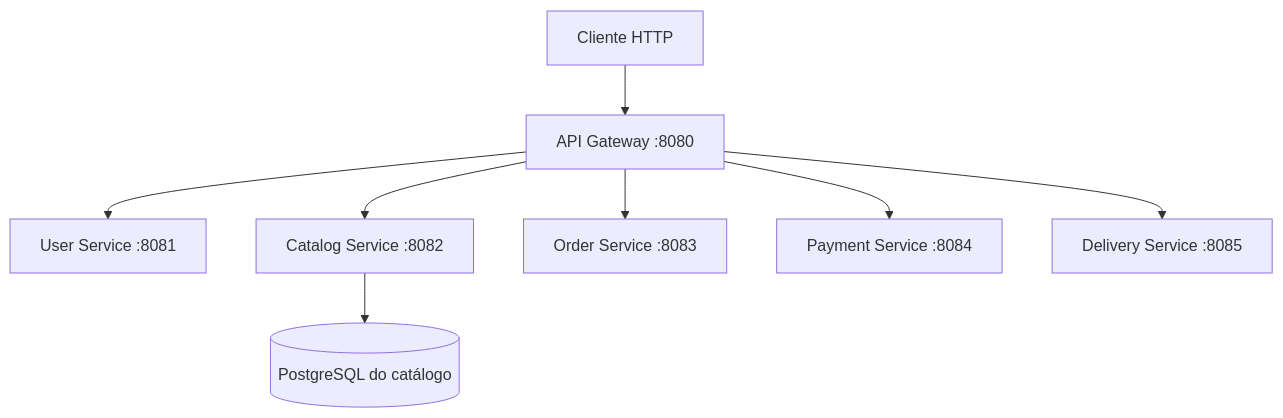
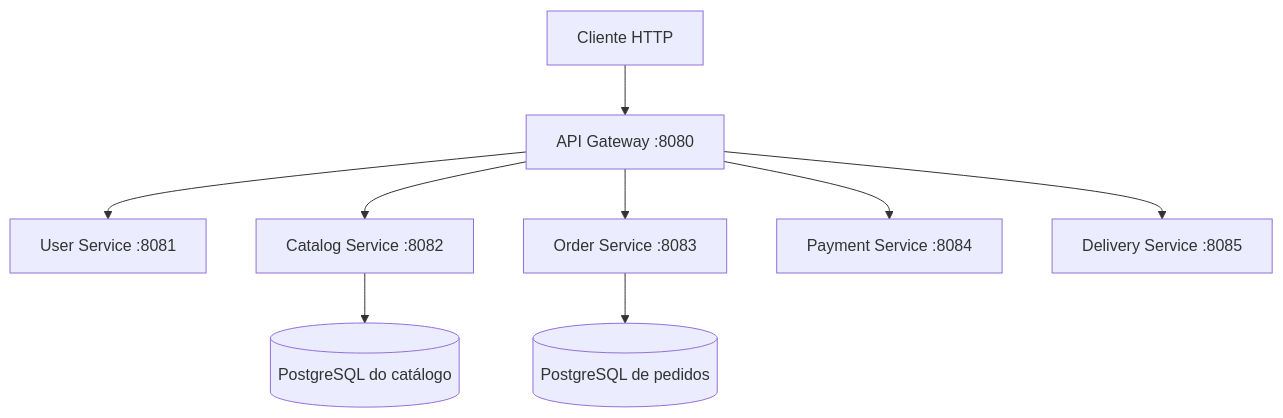
The first of 2 diagrams in docs/architecture.md (victhor-santos/ai-delivery-platform), drawn with Mermaid before and after one commit. The commit also changed other lines of this file and 33 other files, not shown here.

````diff
--- a/docs/architecture.md
+++ b/docs/architecture.md
@@ -9,10 +9,11 @@
 ```mermaid
 flowchart TD
     Client[Cliente HTTP] --> Gateway[API Gateway :8080]
     Gateway --> Users[User Service :8081]
     Gateway --> Catalog[Catalog Service :8082]
     Gateway --> Orders[Order Service :8083]
     Gateway --> Payments[Payment Service :8084]
     Gateway --> Deliveries[Delivery Service :8085]
     Catalog --> CatalogDB[(PostgreSQL do catálogo)]
+    Orders --> OrderDB[(PostgreSQL de pedidos)]
 ```
````
